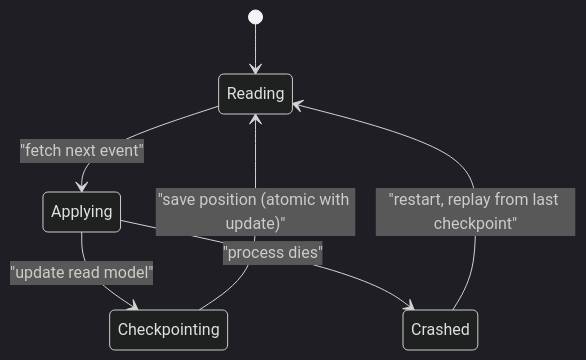
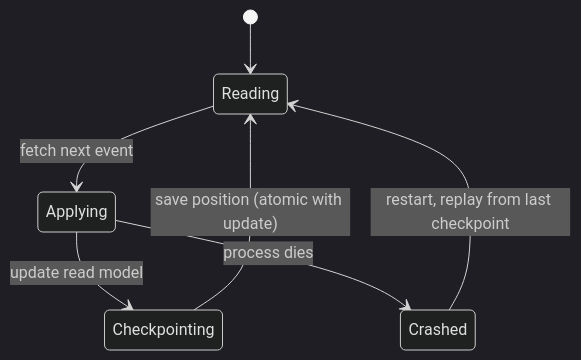
Before and after one commit to vabs/vabs.github.io: the second of 2 diagrams in content/post/cqrs-event-sourcing-projections.md, drawn with Mermaid (dark theme). The commit also changed 87 other files, not shown here.

First line of the commit message:
Fix: Readable mermaid diagrams and fact-check blog posts

```diff
--- a/content/post/cqrs-event-sourcing-projections.md
+++ b/content/post/cqrs-event-sourcing-projections.md
@@ -101,9 +101,9 @@
 {{< mermaid >}}
 stateDiagram-v2
   [*] --> Reading
-  Reading --> Applying: "fetch next event"
-  Applying --> Checkpointing: "update read model"
-  Checkpointing --> Reading: "save position (atomic with update)"
-  Applying --> Crashed: "process dies"
-  Crashed --> Reading: "restart, replay from last checkpoint"
+  Reading --> Applying: fetch next event
+  Applying --> Checkpointing: update read model
+  Checkpointing --> Reading: save position (atomic with update)
+  Applying --> Crashed: process dies
+  Crashed --> Reading: restart, replay from last checkpoint
 {{< /mermaid >}}
```
